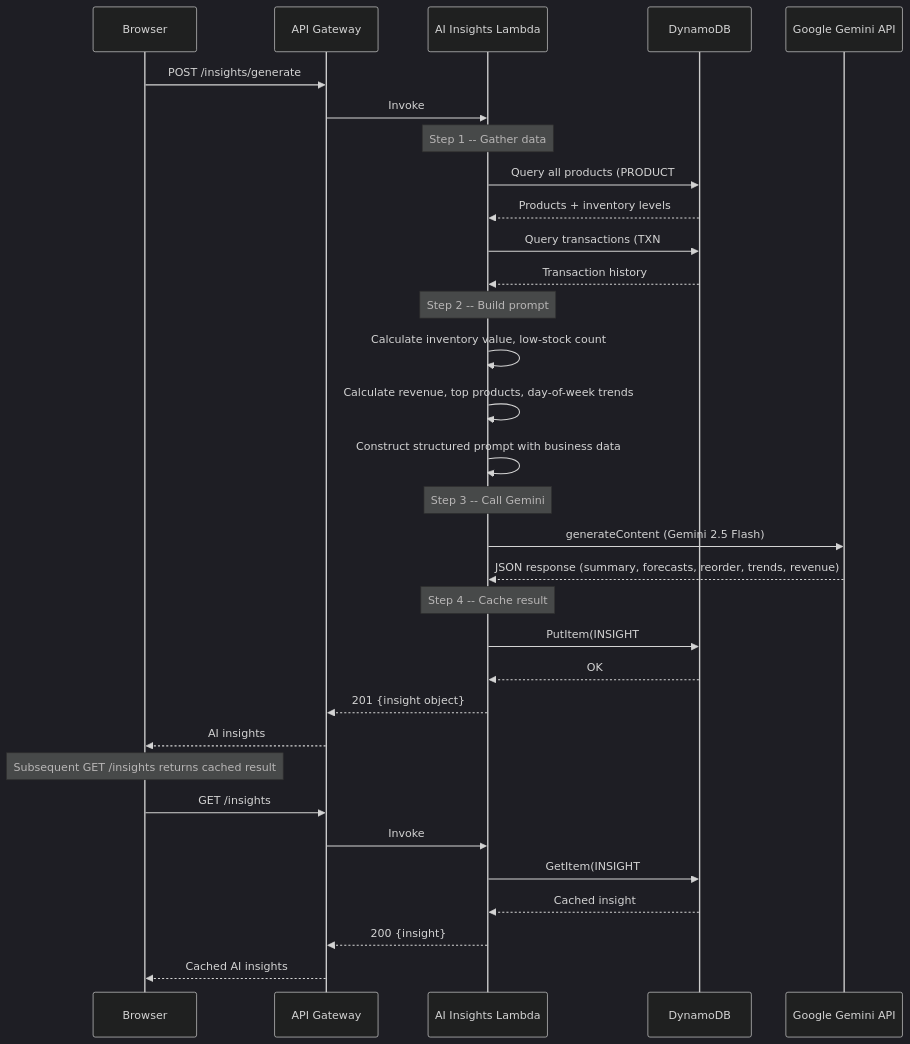
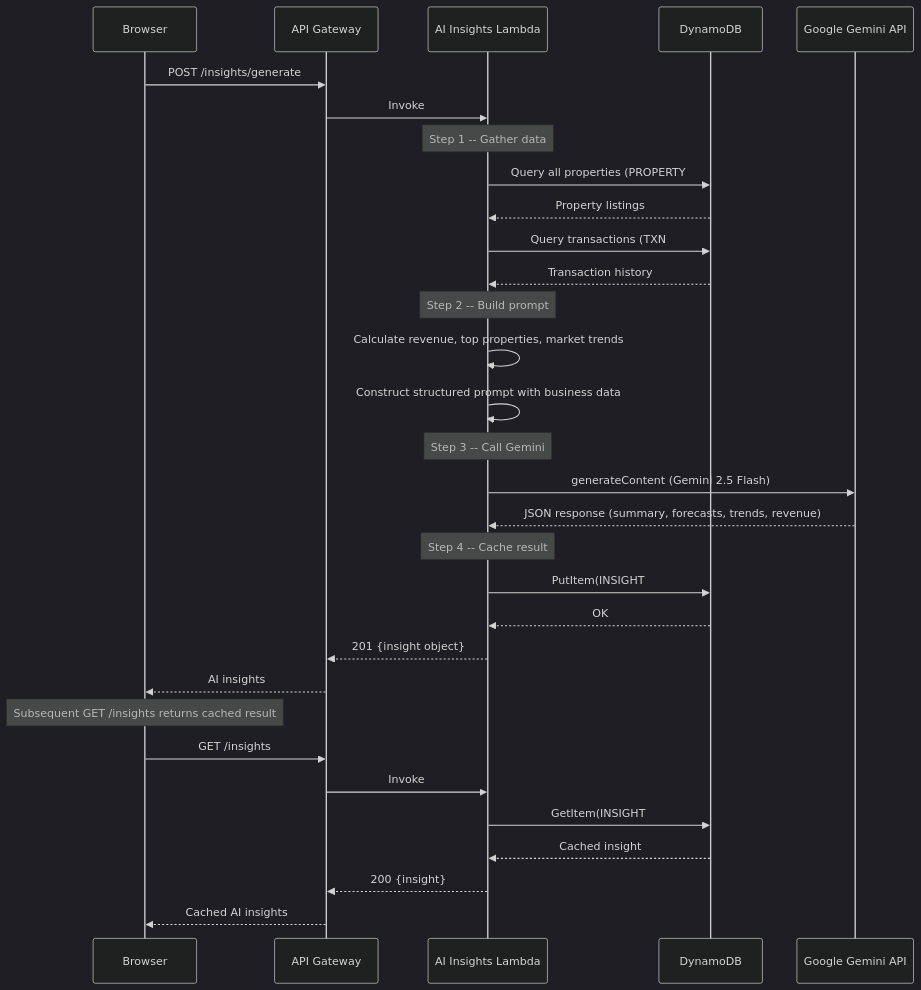
Before and after one commit to davidballad/clienta_bre: the seventh of 8 diagrams in docs/architecture.md, drawn with Mermaid (dark theme). The commit also changed other lines of this file and 12 other files, not shown here.

````diff
--- a/docs/architecture.md
+++ b/docs/architecture.md
@@ -307,41 +282,40 @@
 ```mermaid
 sequenceDiagram
   participant B as Browser
   participant AG as API Gateway
   participant AI as AI Insights Lambda
   participant DB as DynamoDB
   participant GM as Google Gemini API
 
   B->>AG: POST /insights/generate
   AG->>AI: Invoke
 
   Note over AI: Step 1 -- Gather data
-  AI->>DB: Query all products (PRODUCT#)
-  DB-->>AI: Products + inventory levels
+  AI->>DB: Query all properties (PROPERTY#)
+  DB-->>AI: Property listings
   AI->>DB: Query transactions (TXN#, last 30 days)
   DB-->>AI: Transaction history
 
   Note over AI: Step 2 -- Build prompt
-  AI->>AI: Calculate inventory value, low-stock count
-  AI->>AI: Calculate revenue, top products, day-of-week trends
+  AI->>AI: Calculate revenue, top properties, market trends
   AI->>AI: Construct structured prompt with business data
 
   Note over AI: Step 3 -- Call Gemini
   AI->>GM: generateContent (Gemini 2.5 Flash)
-  GM-->>AI: JSON response (summary, forecasts, reorder, trends, revenue)
+  GM-->>AI: JSON response (summary, forecasts, trends, revenue)
 
   Note over AI: Step 4 -- Cache result
   AI->>DB: PutItem(INSIGHT#<today>, TTL=7 days)
   DB-->>AI: OK
 
   AI-->>AG: 201 {insight object}
   AG-->>B: AI insights
 
   Note over B: Subsequent GET /insights returns cached result
   B->>AG: GET /insights
   AG->>AI: Invoke
   AI->>DB: GetItem(INSIGHT#<today>)
   DB-->>AI: Cached insight
   AI-->>AG: 200 {insight}
   AG-->>B: Cached AI insights
 ```
````
